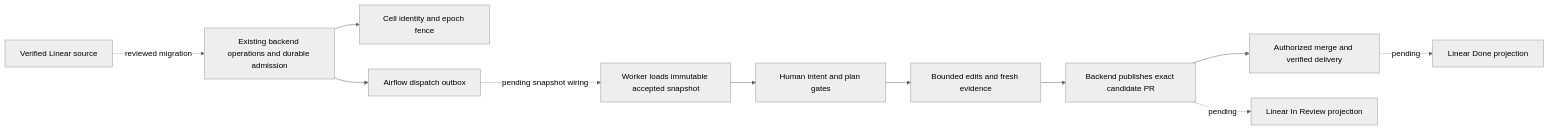
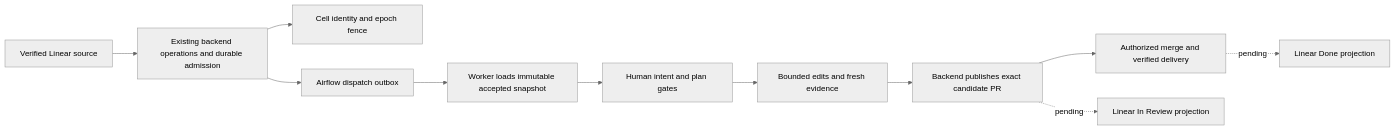
The second of 2 diagrams in docs/linear-source-preview.md (jop8281/ariflow-swfactory), drawn with Mermaid (neutral theme) before and after one commit. The commit also changed other lines of this file and 13 other files, not shown here.

Commit message:
Admit immutable Linear work through durable backend operations

````diff
--- a/docs/linear-source-preview.md
+++ b/docs/linear-source-preview.md
@@ -61,13 +62,13 @@
 ```mermaid
 flowchart LR
-  L[Verified Linear source] -.reviewed migration.-> A[Existing backend operations and durable admission]
+  L[Verified Linear source] --> A[Existing backend operations and durable admission]
   A --> C[Cell identity and epoch fence]
   A --> D[Airflow dispatch outbox]
-  D -.pending snapshot wiring.-> W[Worker loads immutable accepted snapshot]
+  D --> W[Worker loads immutable accepted snapshot]
   W --> H[Human intent and plan gates]
   H --> T[Bounded edits and fresh evidence]
   T --> G[Backend publishes exact candidate PR]
   G --> M[Authorized merge and verified delivery]
   G -.pending.-> I[Linear In Review projection]
   M -.pending.-> F[Linear Done projection]
 ```
````
